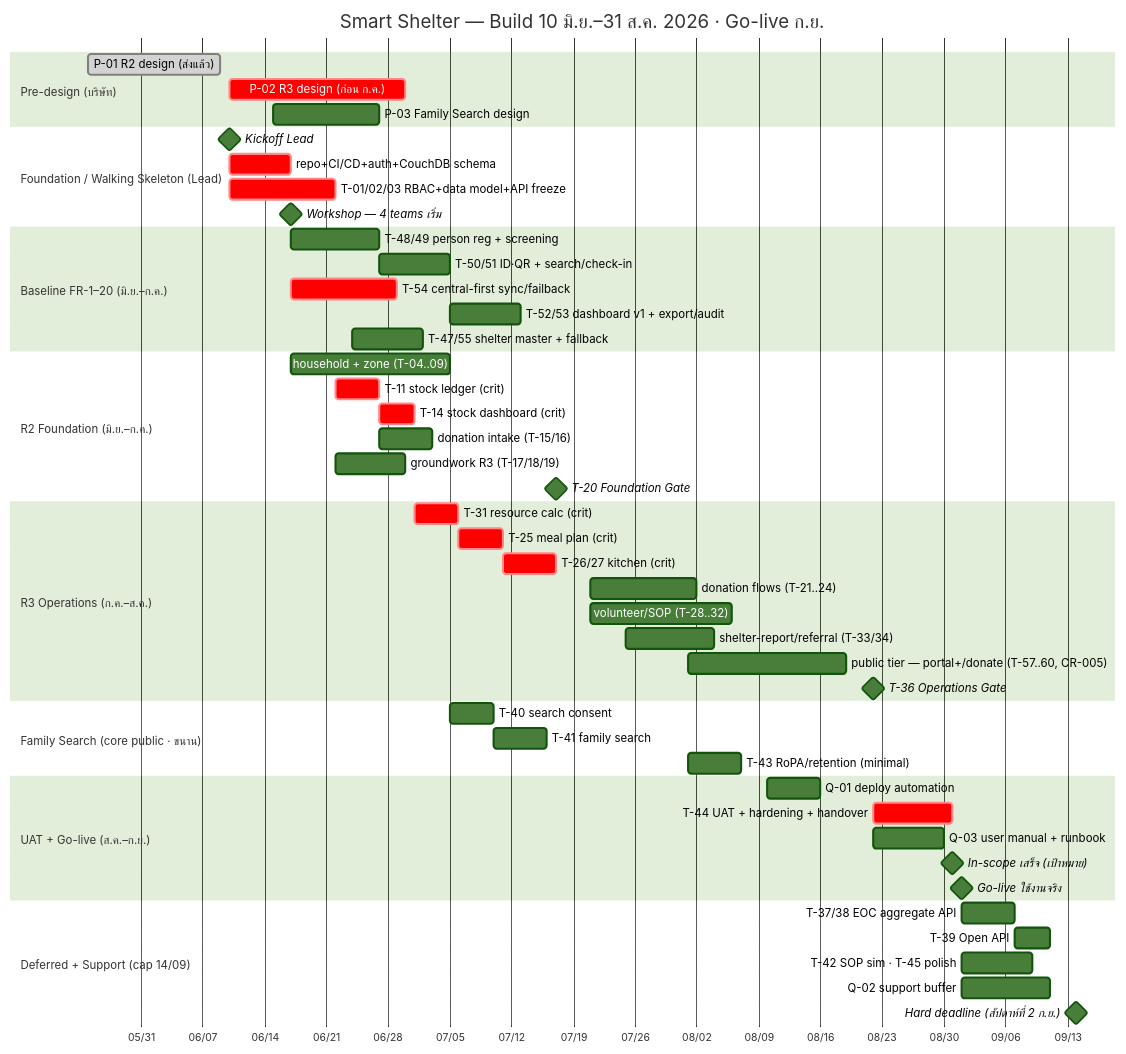
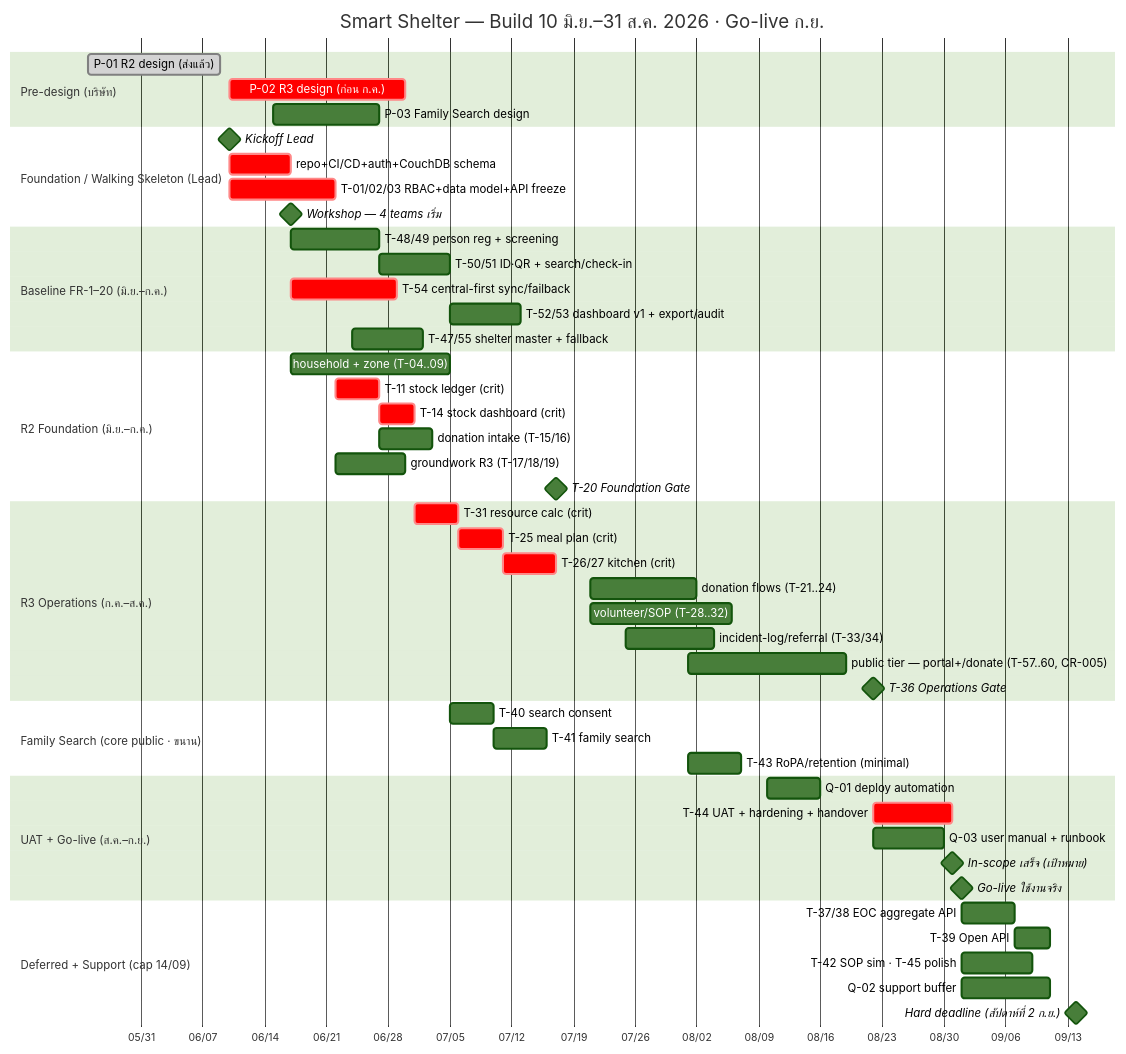
Before and after one commit to r202-coe-psu/tent: the second of 2 diagrams in docs/task-breakdown/_timeline.md, drawn with Mermaid (forest theme). The commit also changed other lines of this file and 11 other files, not shown here.

````diff
--- a/docs/task-breakdown/_timeline.md
+++ b/docs/task-breakdown/_timeline.md
@@ -192,61 +192,61 @@
 ```mermaid
 gantt
   title Smart Shelter — Build 10 มิ.ย.–31 ส.ค. 2026 · Go-live ก.ย.
   dateFormat YYYY-MM-DD
   axisFormat %m/%d
 
   section Pre-design (บริษัท)
   P-01 R2 design (ส่งแล้ว)          :done, p1, 2026-05-25, 2026-06-09
   P-02 R3 design (ก่อน ก.ค.)         :crit, p2, 2026-06-10, 2026-06-30
   P-03 Family Search design          :p3, 2026-06-15, 12d
 
   section Foundation / Walking Skeleton (Lead)
   Kickoff Lead                       :milestone, k0, 2026-06-10, 0d
   repo+CI/CD+auth+CouchDB schema      :crit, sk, 2026-06-10, 7d
   T-01/02/03 RBAC+data model+API freeze :crit, t013, 2026-06-10, 12d
   Workshop — 4 teams เริ่ม            :milestone, w1, 2026-06-17, 0d
 
   section Baseline FR-1–20 (มิ.ย.–ก.ค.)
   T-48/49 person reg + screening      :bl1, 2026-06-17, 10d
   T-50/51 ID·QR + search/check-in     :bl2, after bl1, 8d
   T-54 central-first sync/failback    :crit, bl3, 2026-06-17, 12d
   T-52/53 dashboard v1 + export/audit :bl4, after bl2, 8d
   T-47/55 shelter master + fallback   :bl5, 2026-06-24, 8d
 
   section R2 Foundation (มิ.ย.–ก.ค.)
   household + zone (T-04..09)         :t0409, 2026-06-17, 18d
   T-11 stock ledger (crit)           :crit, t11, after t013, 5d
   T-14 stock dashboard (crit)        :crit, t14, after t11, 4d
   donation intake (T-15/16)          :t1516, after t11, 6d
   groundwork R3 (T-17/18/19)         :gw, after t013, 8d
   T-20 Foundation Gate               :milestone, g2, 2026-07-17, 0d
 
   section R3 Operations (ก.ค.–ส.ค.)
   T-31 resource calc (crit)          :crit, t31, after t14, 5d
   T-25 meal plan (crit)              :crit, t25, after t31, 5d
   T-26/27 kitchen (crit)             :crit, t2627, after t25, 6d
   donation flows (T-21..24)          :t2124, 2026-07-21, 12d
   volunteer/SOP (T-28..32)           :t2832, 2026-07-21, 16d
-  shelter-report/referral (T-33/34)  :t3334, 2026-07-25, 10d
+  incident-log/referral (T-33/34)  :t3334, 2026-07-25, 10d
   public tier — portal+/donate (T-57..60, CR-005) :pub, 2026-08-01, 18d
   T-36 Operations Gate               :milestone, g3, 2026-08-22, 0d
 
   section Family Search (core public · ขนาน)
   T-40 search consent                :fs1, after t0409, 5d
   T-41 family search                 :fs2, after fs1, 6d
   T-43 RoPA/retention (minimal)      :t43, 2026-08-01, 6d
 
   section UAT + Go-live (ส.ค.–ก.ย.)
   Q-01 deploy automation             :q1, 2026-08-10, 6d
   T-44 UAT + hardening + handover    :crit, t44, 2026-08-22, 9d
   Q-03 user manual + runbook         :q3, 2026-08-22, 8d
   In-scope เสร็จ (เป้าหมาย)           :milestone, dl, 2026-08-31, 0d
   Go-live ใช้งานจริง                  :milestone, gl, 2026-09-01, 0d
 
   section Deferred + Support (cap 14/09)
   T-37/38 EOC aggregate API          :def1, 2026-09-01, 6d
   T-39 Open API                      :def2, after def1, 4d
   T-42 SOP sim · T-45 polish         :def3, 2026-09-01, 8d
   Q-02 support buffer                :q2, 2026-09-01, 10d
   Hard deadline (สัปดาห์ที่ 2 ก.ย.)    :milestone, hd, 2026-09-14, 0d
 ```
````
